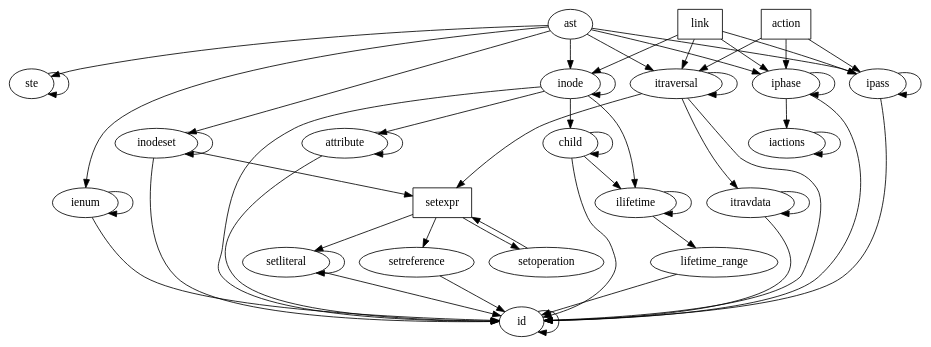
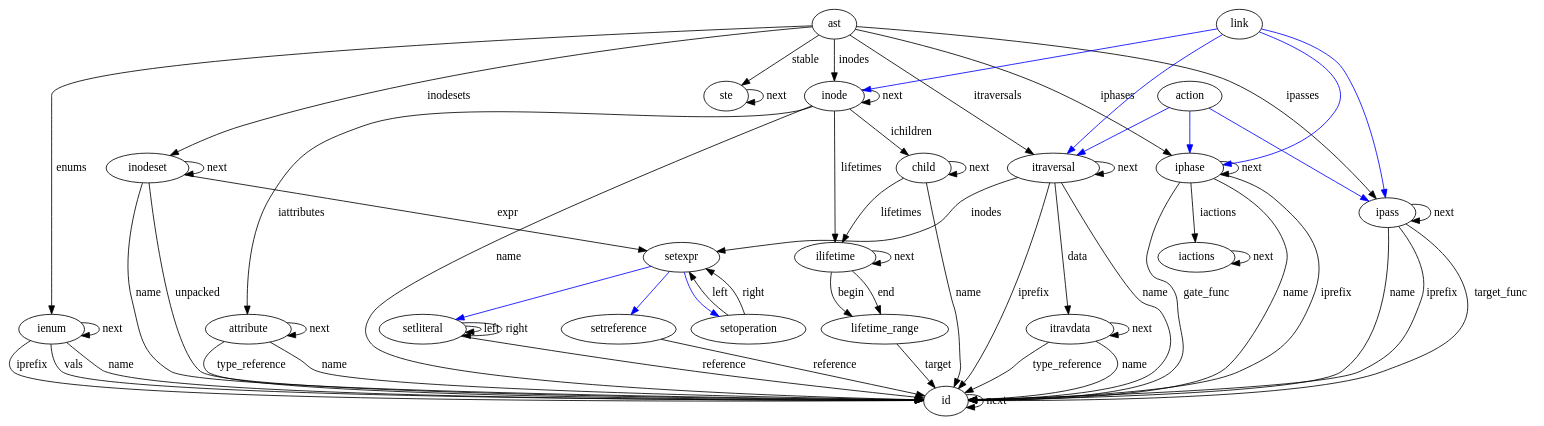
One commit to CoCoNut-UvA/coconut changed the diagram in cocogen/ccngen/ast.dot. Above: the diagram before and after it, drawn with Graphviz. The commit also changed 7 other files, not shown here.

```diff
--- a/cocogen/ccngen/ast.dot
+++ b/cocogen/ccngen/ast.dot
@@ -1,58 +1,71 @@
 digraph Ast {
-id -> id
-ienum -> id
-ienum -> ienum
-attribute -> id
-attribute -> attribute
-itravdata -> id
-itravdata -> itravdata
-setoperation -> setexpr
-setliteral -> id
-setliteral -> setliteral
-setreference -> id
-ste -> ste
-child -> id
-child -> ilifetime
-child -> child
-lifetime_range -> id
-ilifetime -> lifetime_range
-ilifetime -> ilifetime
-inodeset -> id
-inodeset -> setexpr
-inodeset -> inodeset
-inode -> id
-inode -> inode
-inode -> child
-inode -> attribute
-inode -> ilifetime
-ipass -> id
-ipass -> ipass
-itraversal -> id
-itraversal -> setexpr
-itraversal -> itravdata
-itraversal -> itraversal
-iphase -> id
-iphase -> iactions
-iphase -> iphase
-iactions -> iactions
-ast -> iphase
-ast -> itraversal
-ast -> ipass
-ast -> inode
-ast -> inodeset
-ast -> ienum
-ast -> ste
-setexpr [shape=box];
-setexpr -> setoperation
-setexpr -> setreference
-setexpr -> setliteral
-link [shape=box];
-link -> iphase
-link -> itraversal
-link -> ipass
-link -> inode
-action [shape=box];
-action -> iphase
-action -> itraversal
-action -> ipass
+id -> id[label="next"]
+ienum -> id[label="vals"]
+ienum -> id[label="name"]
+ienum -> id[label="iprefix"]
+ienum -> ienum[label="next"]
+attribute -> id[label="name"]
+attribute -> id[label="type_reference"]
+attribute -> attribute[label="next"]
+itravdata -> id[label="name"]
+itravdata -> id[label="type_reference"]
+itravdata -> itravdata[label="next"]
+setoperation -> setexpr[label="left"]
+setoperation -> setexpr[label="right"]
+setliteral -> id[label="reference"]
+setliteral -> setliteral[label="left"]
+setliteral -> setliteral[label="right"]
+setreference -> id[label="reference"]
+ste -> ste[label="next"]
+child -> id[label="name"]
+child -> ilifetime[label="lifetimes"]
+child -> child[label="next"]
+lifetime_range -> id[label="target"]
+ilifetime -> lifetime_range[label="begin"]
+ilifetime -> lifetime_range[label="end"]
+ilifetime -> ilifetime[label="next"]
+inodeset -> id[label="name"]
+inodeset -> setexpr[label="expr"]
+inodeset -> id[label="unpacked"]
+inodeset -> inodeset[label="next"]
+inode -> id[label="name"]
+inode -> inode[label="next"]
+inode -> child[label="ichildren"]
+inode -> attribute[label="iattributes"]
+inode -> ilifetime[label="lifetimes"]
+ipass -> id[label="name"]
+ipass -> id[label="iprefix"]
+ipass -> id[label="target_func"]
+ipass -> ipass[label="next"]
+itraversal -> id[label="name"]
+itraversal -> id[label="iprefix"]
+itraversal -> setexpr[label="inodes"]
+itraversal -> itravdata[label="data"]
+itraversal -> itraversal[label="next"]
+iphase -> id[label="name"]
+iphase -> id[label="iprefix"]
+iphase -> id[label="gate_func"]
+iphase -> iactions[label="iactions"]
+iphase -> iphase[label="next"]
+iactions -> iactions[label="next"]
+ast -> iphase[label="iphases"]
+ast -> itraversal[label="itraversals"]
+ast -> ipass[label="ipasses"]
+ast -> inode[label="inodes"]
+ast -> inodeset[label="inodesets"]
+ast -> ienum[label="enums"]
+ast -> ste[label="stable"]
+setexpr;
+setexpr -> setoperation [color=blue]
+setexpr -> setreference [color=blue]
+setexpr -> setliteral [color=blue]
+link;
+link -> iphase [color=blue]
+link -> itraversal [color=blue]
+link -> ipass [color=blue]
+link -> inode [color=blue]
+action;
+action -> iphase [color=blue]
+action -> itraversal [color=blue]
+action -> ipass [color=blue]
 }
```
